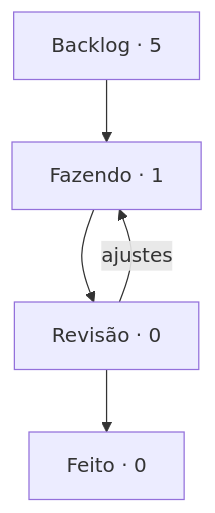
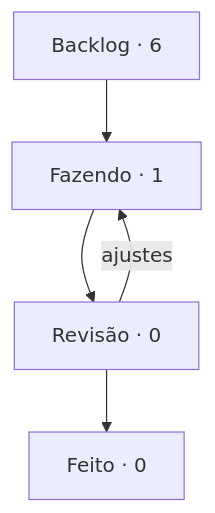
One commit to StudioVibi/VibiKanban changed the diagram in boards/dungeon-bend/BOARD.md. Above: the diagram before and after it, drawn with Mermaid. The commit also changed other lines of this file and 2 other files, not shown here.

````diff
--- a/boards/dungeon-bend/BOARD.md
+++ b/boards/dungeon-bend/BOARD.md
@@ -5,10 +5,10 @@
 ```mermaid
 flowchart TD
-  backlog["Backlog · 5"] --> doing["Fazendo · 1"]
+  backlog["Backlog · 6"] --> doing["Fazendo · 1"]
   doing --> review["Revisão · 0"]
   review --> done["Feito · 0"]
   review -->|ajustes| doing
   doing:::blue
   review:::yellow
   done:::green
 ```
````
